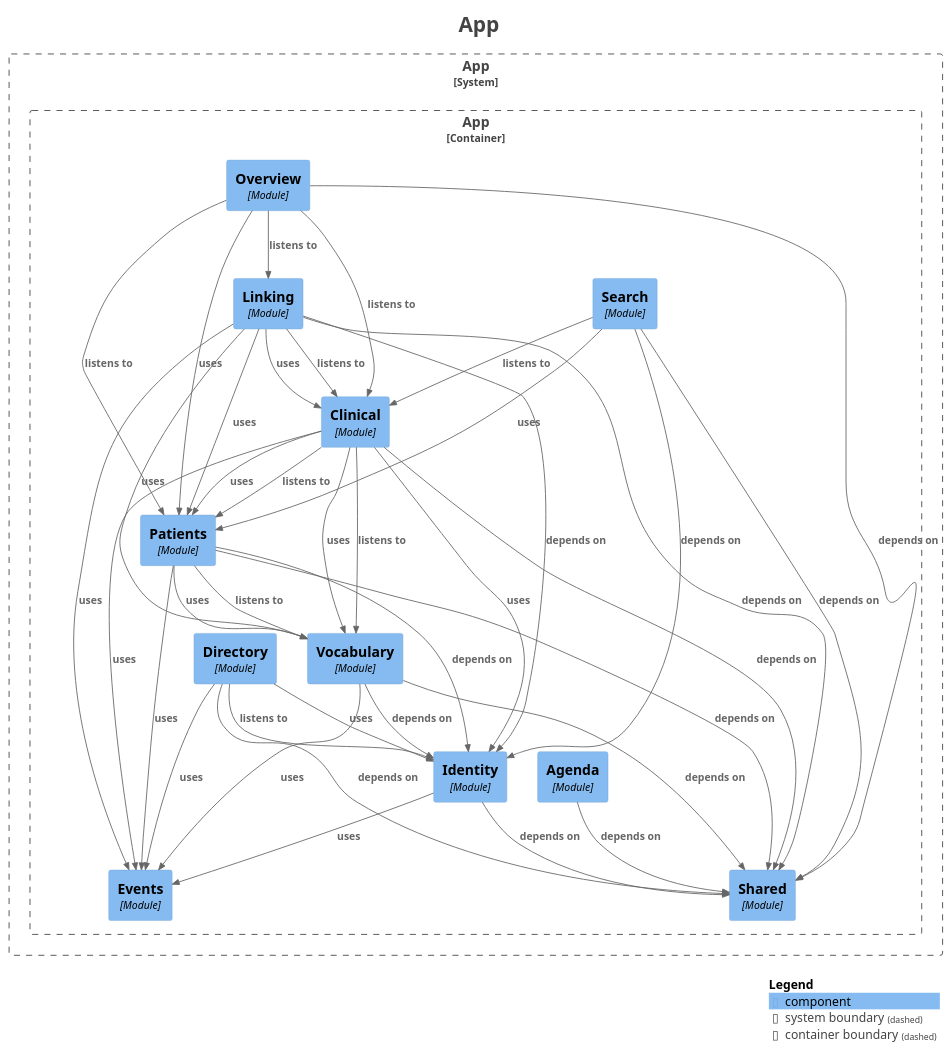
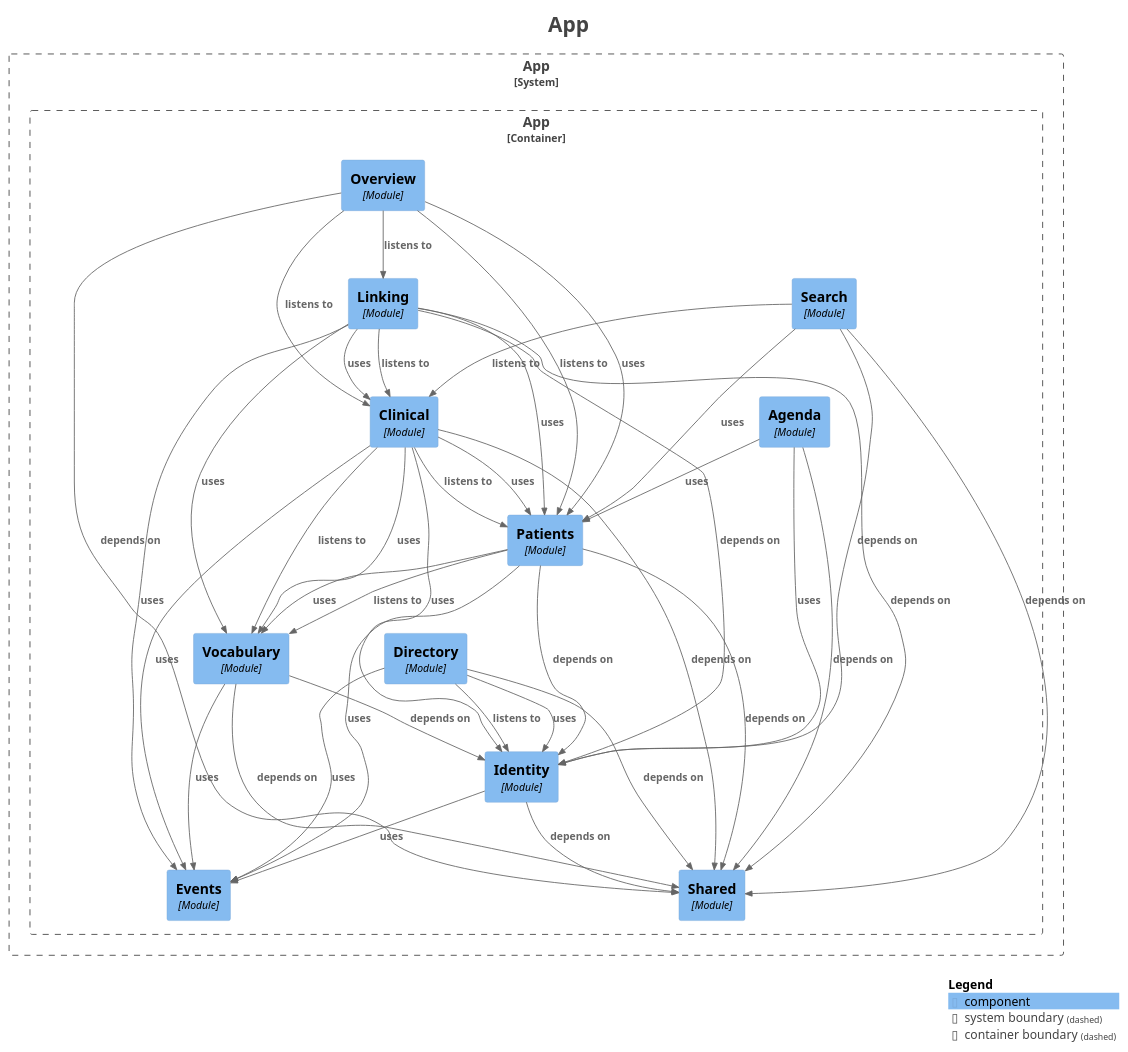
One commit to mrscams/psymate-api changed the diagram in docs/generated/components.puml. Above: the diagram before and after it, drawn with PlantUML. The commit also changed 3 other files, not shown here.

Commit message:
M11-06 Docs générées des modules : agenda utilise identity et patients

```diff
--- a/docs/generated/components.puml
+++ b/docs/generated/components.puml
@@ -1,76 +1,78 @@
 @startuml
 title <size:24>App</size>
 
 set separator none
 top to bottom direction
 
 <style>
   root {
     BackgroundColor: #ffffff
     FontColor: #444444
   }
 </style>
 
 !include <C4/C4>
 !include <C4/C4_Context>
 !include <C4/C4_Component>
 
 System_Boundary("App_boundary", "App", $tags="") {
   Container_Boundary("App.App_boundary", "App", $tags="") {
     Component(App.App.Agenda, "Agenda", $techn="Module", $descr="", $tags="", $link="")
     Component(App.App.Clinical, "Clinical", $techn="Module", $descr="", $tags="", $link="")
     Component(App.App.Directory, "Directory", $techn="Module", $descr="", $tags="", $link="")
     Component(App.App.Events, "Events", $techn="Module", $descr="", $tags="", $link="")
     Component(App.App.Identity, "Identity", $techn="Module", $descr="", $tags="", $link="")
     Component(App.App.Linking, "Linking", $techn="Module", $descr="", $tags="", $link="")
     Component(App.App.Overview, "Overview", $techn="Module", $descr="", $tags="", $link="")
     Component(App.App.Patients, "Patients", $techn="Module", $descr="", $tags="", $link="")
     Component(App.App.Search, "Search", $techn="Module", $descr="", $tags="", $link="")
     Component(App.App.Shared, "Shared", $techn="Module", $descr="", $tags="", $link="")
     Component(App.App.Vocabulary, "Vocabulary", $techn="Module", $descr="", $tags="", $link="")
   }
 
 }
 
+Rel(App.App.Agenda, App.App.Identity, "uses", $techn="", $tags="", $link="")
+Rel(App.App.Agenda, App.App.Patients, "uses", $techn="", $tags="", $link="")
 Rel(App.App.Agenda, App.App.Shared, "depends on", $techn="", $tags="", $link="")
 Rel(App.App.Clinical, App.App.Events, "uses", $techn="", $tags="", $link="")
 Rel(App.App.Clinical, App.App.Identity, "uses", $techn="", $tags="", $link="")
 Rel(App.App.Clinical, App.App.Patients, "listens to", $techn="", $tags="", $link="")
 Rel(App.App.Clinical, App.App.Patients, "uses", $techn="", $tags="", $link="")
 Rel(App.App.Clinical, App.App.Shared, "depends on", $techn="", $tags="", $link="")
 Rel(App.App.Clinical, App.App.Vocabulary, "listens to", $techn="", $tags="", $link="")
 Rel(App.App.Clinical, App.App.Vocabulary, "uses", $techn="", $tags="", $link="")
 Rel(App.App.Directory, App.App.Events, "uses", $techn="", $tags="", $link="")
 Rel(App.App.Directory, App.App.Identity, "listens to", $techn="", $tags="", $link="")
 Rel(App.App.Directory, App.App.Identity, "uses", $techn="", $tags="", $link="")
 Rel(App.App.Directory, App.App.Shared, "depends on", $techn="", $tags="", $link="")
 Rel(App.App.Identity, App.App.Events, "uses", $techn="", $tags="", $link="")
 Rel(App.App.Identity, App.App.Shared, "depends on", $techn="", $tags="", $link="")
 Rel(App.App.Linking, App.App.Clinical, "listens to", $techn="", $tags="", $link="")
 Rel(App.App.Linking, App.App.Clinical, "uses", $techn="", $tags="", $link="")
 Rel(App.App.Linking, App.App.Events, "uses", $techn="", $tags="", $link="")
 Rel(App.App.Linking, App.App.Identity, "depends on", $techn="", $tags="", $link="")
 Rel(App.App.Linking, App.App.Patients, "uses", $techn="", $tags="", $link="")
 Rel(App.App.Linking, App.App.Shared, "depends on", $techn="", $tags="", $link="")
 Rel(App.App.Linking, App.App.Vocabulary, "uses", $techn="", $tags="", $link="")
 Rel(App.App.Overview, App.App.Clinical, "listens to", $techn="", $tags="", $link="")
 Rel(App.App.Overview, App.App.Linking, "listens to", $techn="", $tags="", $link="")
 Rel(App.App.Overview, App.App.Patients, "listens to", $techn="", $tags="", $link="")
 Rel(App.App.Overview, App.App.Patients, "uses", $techn="", $tags="", $link="")
 Rel(App.App.Overview, App.App.Shared, "depends on", $techn="", $tags="", $link="")
 Rel(App.App.Patients, App.App.Events, "uses", $techn="", $tags="", $link="")
 Rel(App.App.Patients, App.App.Identity, "depends on", $techn="", $tags="", $link="")
 Rel(App.App.Patients, App.App.Shared, "depends on", $techn="", $tags="", $link="")
 Rel(App.App.Patients, App.App.Vocabulary, "listens to", $techn="", $tags="", $link="")
 Rel(App.App.Patients, App.App.Vocabulary, "uses", $techn="", $tags="", $link="")
 Rel(App.App.Search, App.App.Clinical, "listens to", $techn="", $tags="", $link="")
 Rel(App.App.Search, App.App.Identity, "depends on", $techn="", $tags="", $link="")
 Rel(App.App.Search, App.App.Patients, "uses", $techn="", $tags="", $link="")
 Rel(App.App.Search, App.App.Shared, "depends on", $techn="", $tags="", $link="")
 Rel(App.App.Vocabulary, App.App.Events, "uses", $techn="", $tags="", $link="")
 Rel(App.App.Vocabulary, App.App.Identity, "depends on", $techn="", $tags="", $link="")
 Rel(App.App.Vocabulary, App.App.Shared, "depends on", $techn="", $tags="", $link="")
 
 SHOW_LEGEND(true)
 hide stereotypes
 @enduml
```
